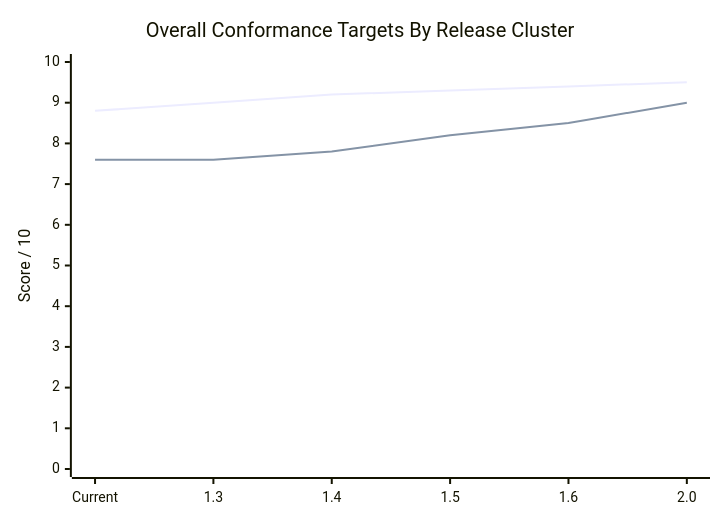
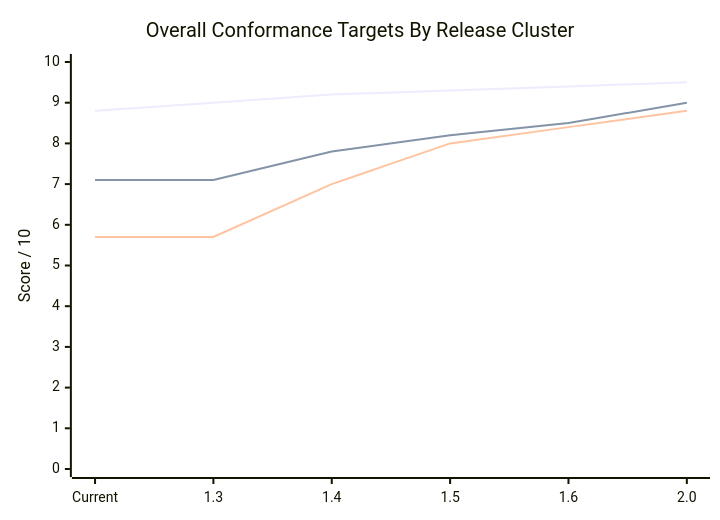
Before and after one commit to sgwoods/Codex-Test1: the diagram in CONFORMANCE_METRICS_OVERVIEW.md, drawn with Mermaid. The commit also changed other lines of this file and 18 other files, not shown here.

````diff
--- a/CONFORMANCE_METRICS_OVERVIEW.md
+++ b/CONFORMANCE_METRICS_OVERVIEW.md
@@ -27,8 +27,9 @@
 ```mermaid
 xychart-beta
   title "Overall Conformance Targets By Release Cluster"
   x-axis ["Current", "1.3", "1.4", "1.5", "1.6", "2.0"]
   y-axis "Score / 10" 0 --> 10
   line "Aurora Galactica" [8.8, 9.0, 9.2, 9.3, 9.4, 9.5]
-  line "Galaxy Guardians" [7.6, 7.6, 7.8, 8.2, 8.5, 9.0]
+  line "Galaxy Guardians Reference" [7.1, 7.1, 7.8, 8.2, 8.5, 9.0]
+  line "Galaxy Guardians Playtest" [5.7, 5.7, 7.0, 8.0, 8.4, 8.8]
 ```
````
